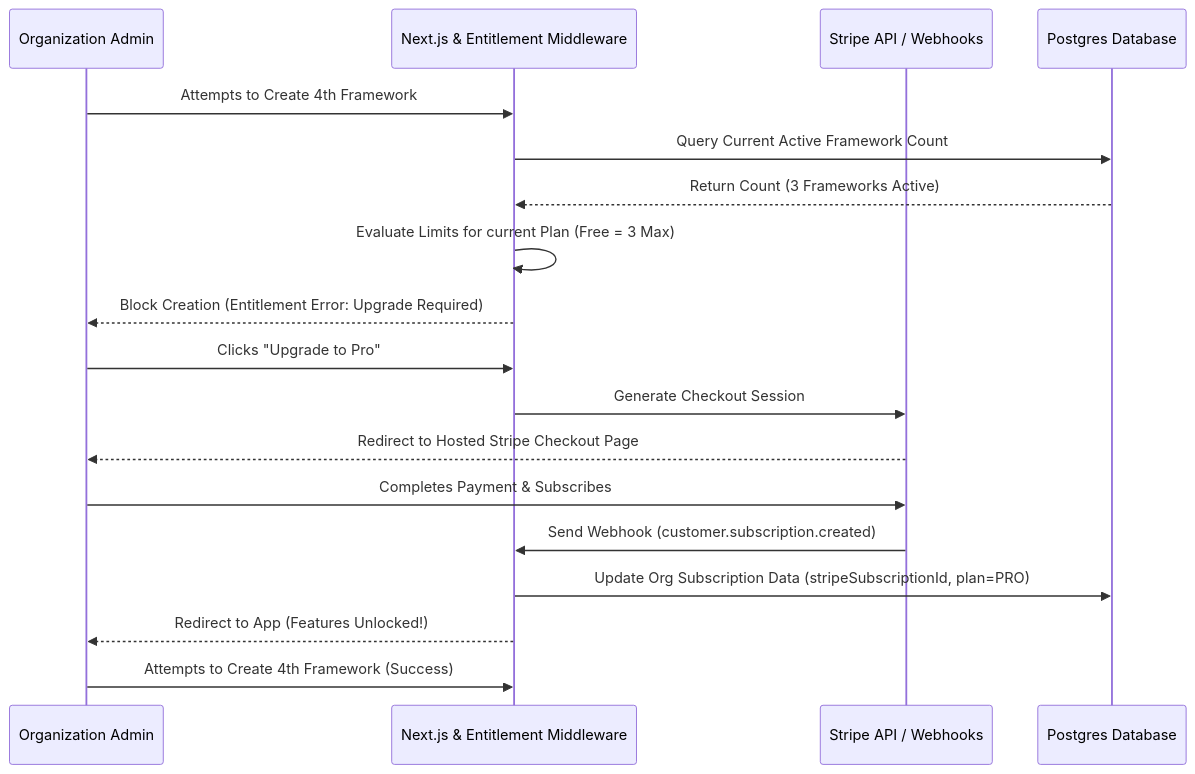
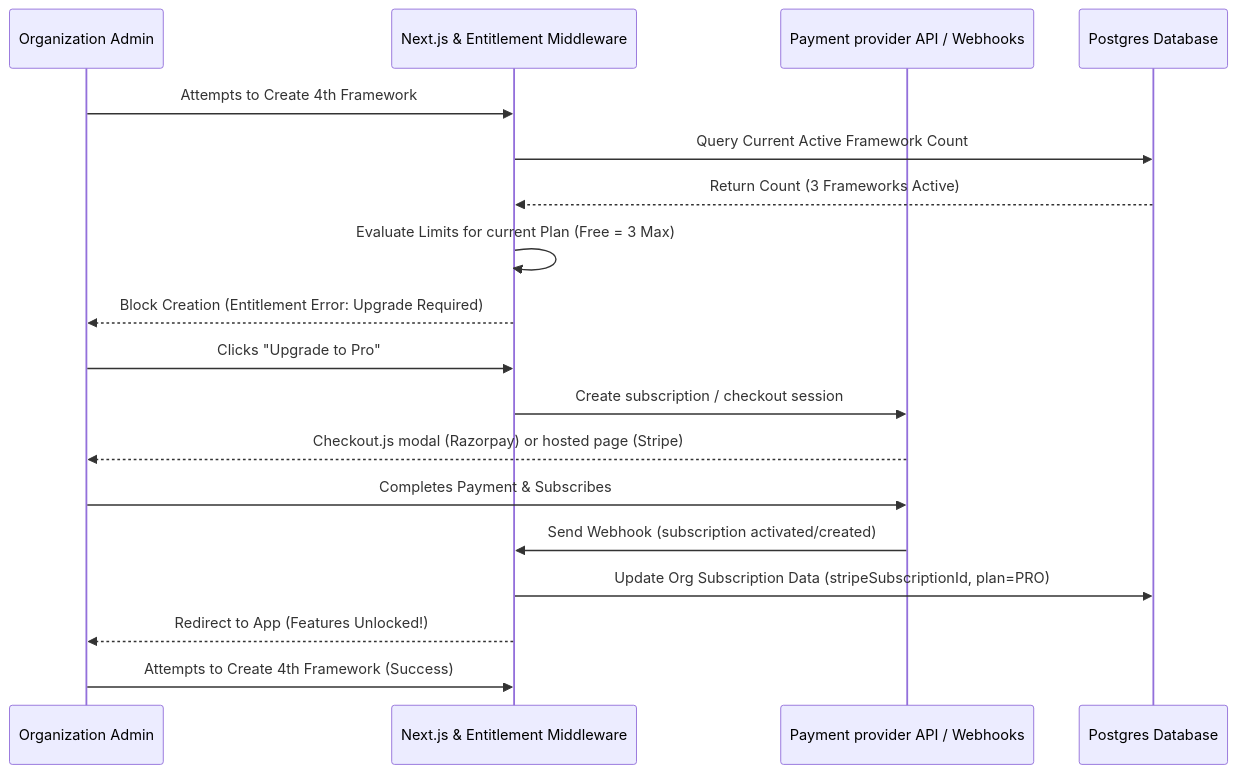
The second of 4 diagrams in README.md (securitywithhem/Dharma), drawn with Mermaid before and after one commit. The commit also changed other lines of this file and 34 other files, not shown here.

````diff
--- a/README.md
+++ b/README.md
@@ -76,21 +76,21 @@
 ```mermaid
 sequenceDiagram
     participant User as Organization Admin
     participant App as Next.js & Entitlement Middleware
-    participant Stripe as Stripe API / Webhooks
+    participant Stripe as Payment provider API / Webhooks
     participant DB as Postgres Database
 
     User->>App: Attempts to Create 4th Framework
     App->>DB: Query Current Active Framework Count
     DB-->>App: Return Count (3 Frameworks Active)
     App->>App: Evaluate Limits for current Plan (Free = 3 Max)
     App-->>User: Block Creation (Entitlement Error: Upgrade Required)
     User->>App: Clicks "Upgrade to Pro"
-    App->>Stripe: Generate Checkout Session
-    Stripe-->>User: Redirect to Hosted Stripe Checkout Page
+    App->>Stripe: Create subscription / checkout session
+    Stripe-->>User: Checkout.js modal (Razorpay) or hosted page (Stripe)
     User->>Stripe: Completes Payment & Subscribes
-    Stripe->>App: Send Webhook (customer.subscription.created)
+    Stripe->>App: Send Webhook (subscription activated/created)
     App->>DB: Update Org Subscription Data (stripeSubscriptionId, plan=PRO)
     App-->>User: Redirect to App (Features Unlocked!)
     User->>App: Attempts to Create 4th Framework (Success)
 ```
````
